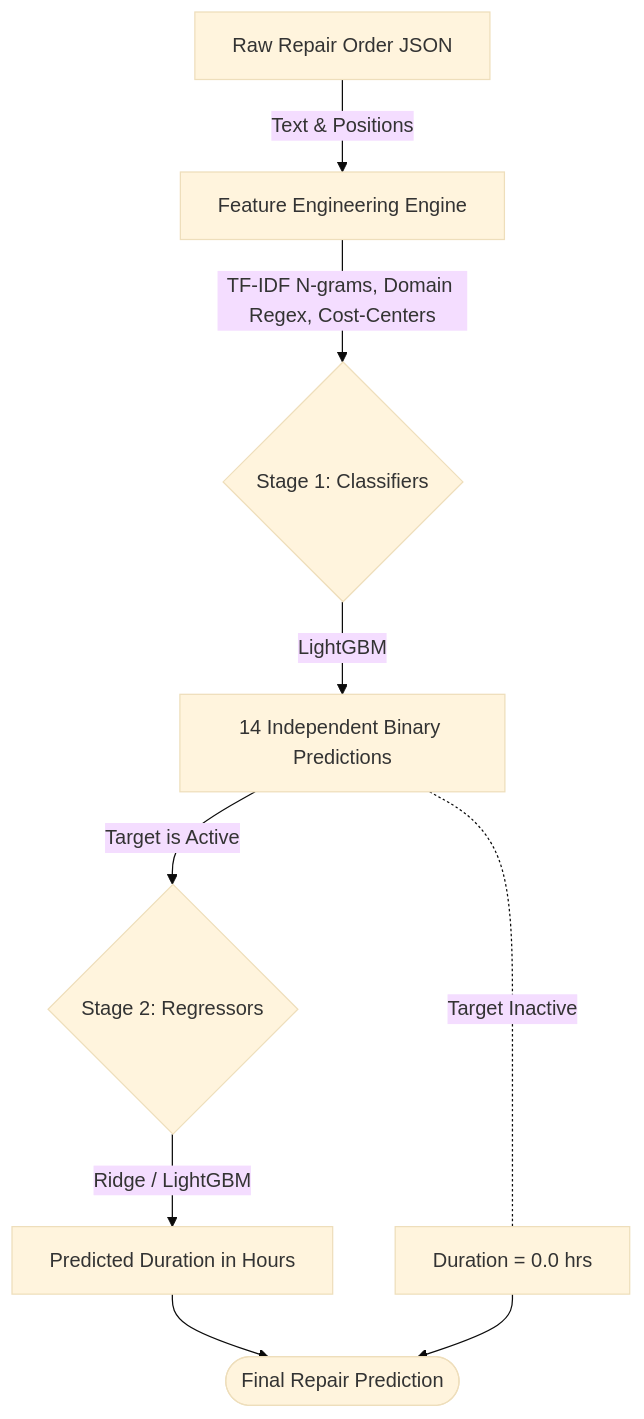
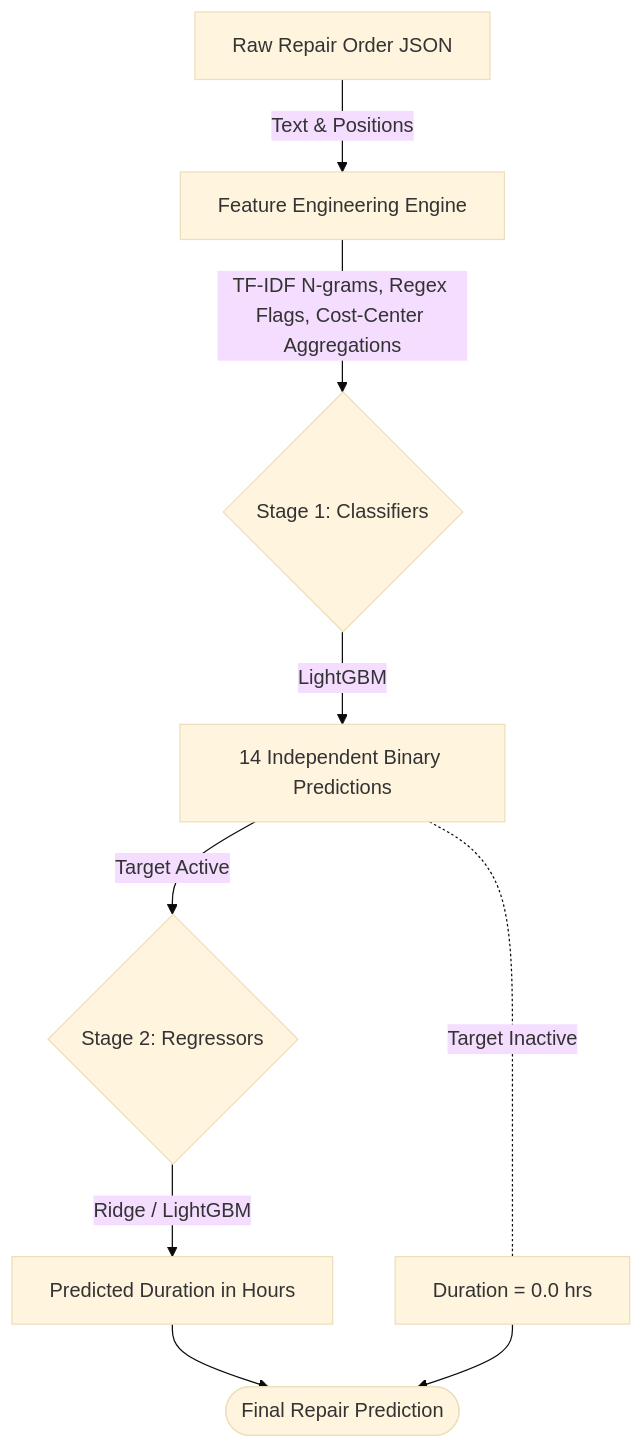
The diagram in README.md (danielHelmke377/work-step-time-prediction), drawn with Mermaid (base theme) before and after one commit. The commit also changed other lines of this file, not shown here.

````diff
--- a/README.md
+++ b/README.md
@@ -36,15 +75,15 @@
 ```mermaid
 flowchart TD
     A[Raw Repair Order JSON] -->|Text & Positions| B[Feature Engineering Engine]
-    B -->|TF-IDF N-grams, Domain Regex, Cost-Centers| C{Stage 1: Classifiers}
-    
+    B -->|TF-IDF N-grams, Regex Flags, Cost-Center Aggregations| C{Stage 1: Classifiers}
+
     C -->|LightGBM| D[14 Independent Binary Predictions]
-    
-    D -->|Target is Active| E{Stage 2: Regressors}
+
+    D -->|Target Active| E{Stage 2: Regressors}
     D -.-|Target Inactive| Z[Duration = 0.0 hrs]
-    
+
     E -->|Ridge / LightGBM| F[Predicted Duration in Hours]
-    
+
     F --> G([Final Repair Prediction])
     Z --> G
 ```
````
